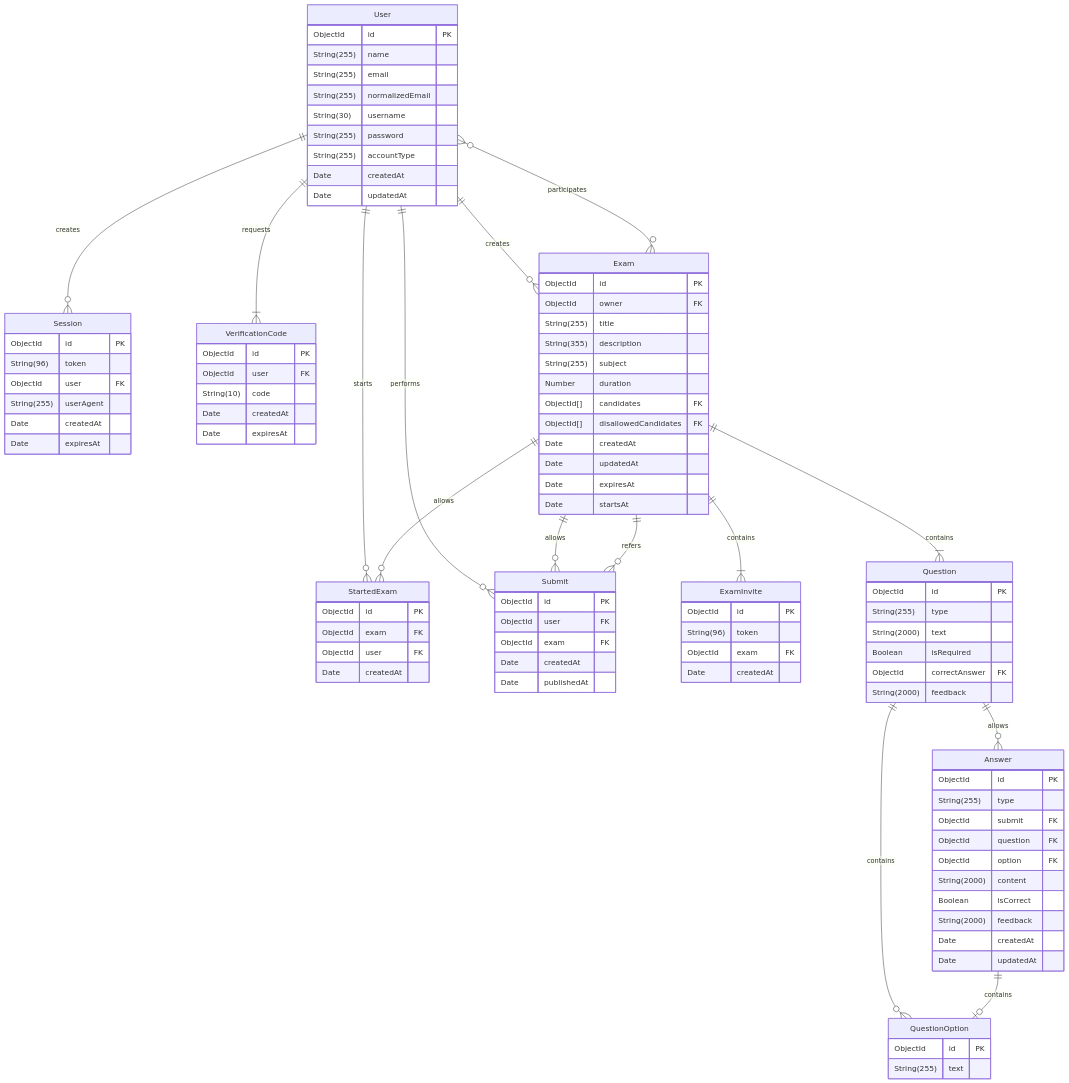
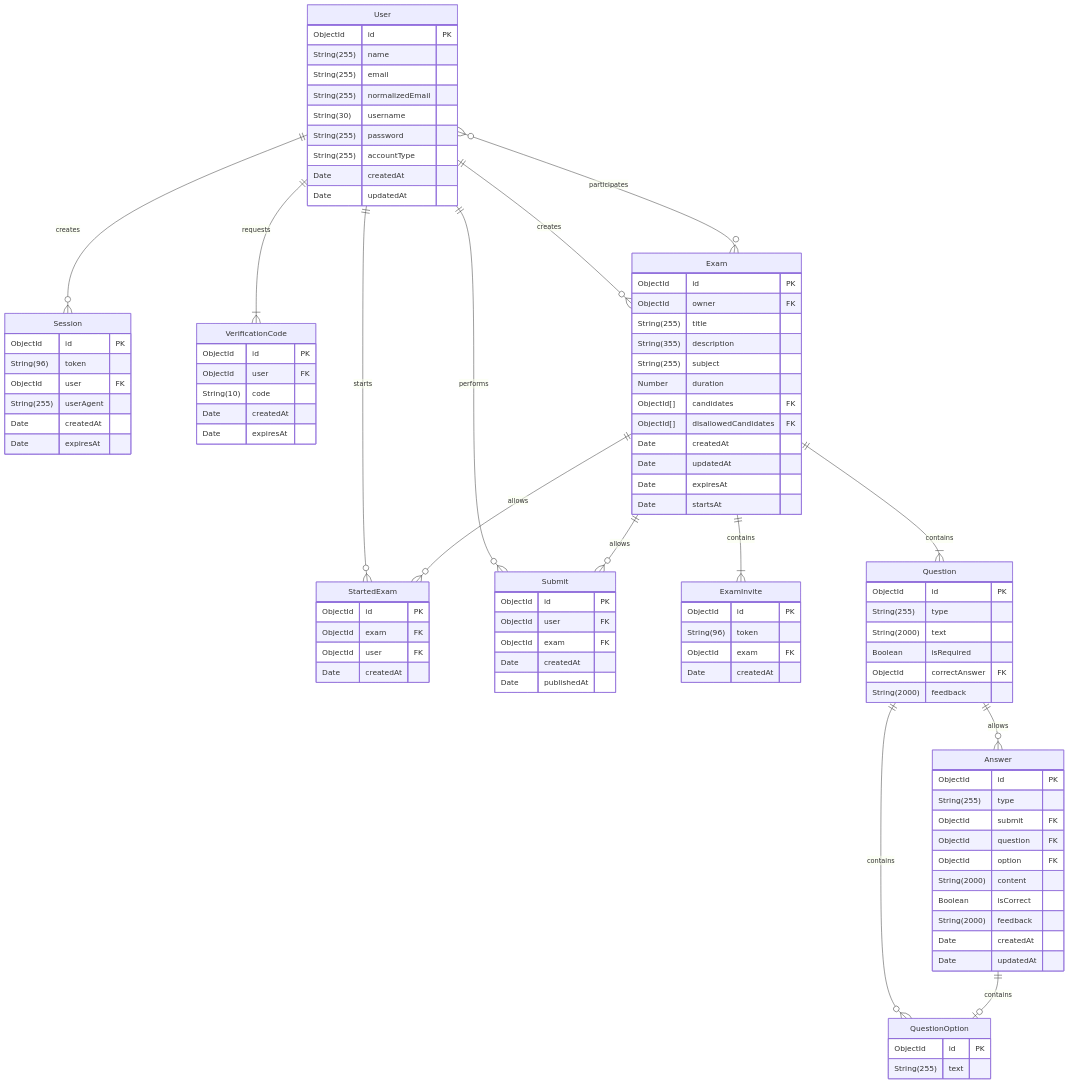
The diagram in diagram/entity-relationship-diagram.mmd (Alphka/EduAlphka), drawn with Mermaid before and after one commit. The commit also changed 1 other file, not shown here.

Commit message:
Fix database diagrams

```diff
--- a/diagram/entity-relationship-diagram.mmd
+++ b/diagram/entity-relationship-diagram.mmd
@@ -1,115 +1,114 @@
 ---
 config:
     class:
         hideEmptyMembersBox: true
     theme: default
     look: classic
     layout: dagre
 ---
 erDiagram
     Session {
         ObjectId id PK
         String(96) token
         ObjectId user FK
         String(255) userAgent
         Date createdAt
         Date expiresAt
     }
 
     VerificationCode {
         ObjectId id PK
         ObjectId user FK
         String(10) code
         Date createdAt
         Date expiresAt
     }
     User 1--1+ VerificationCode : requests
 
     User {
         ObjectId id PK
         String(255) name
         String(255) email
         String(255) normalizedEmail
         String(30) username
         String(255) password
         String(255) accountType
         Date createdAt
         Date updatedAt
     }
     User 1--0+ Exam : creates
     User 0+--0+ Exam : participates
     User 1--0+ Session : creates
     User 1--0+ StartedExam : starts
     User 1--0+ Submit : performs
 
     StartedExam {
         ObjectId id PK
         ObjectId exam FK
         ObjectId user FK
         Date createdAt
     }
 
     Exam {
         ObjectId id PK
         ObjectId owner FK
         String(255) title
         String(355) description
         String(255) subject
         Number duration
         ObjectId[] candidates FK
         ObjectId[] disallowedCandidates FK
         Date createdAt
         Date updatedAt
         Date expiresAt
         Date startsAt
     }
     Exam 1--0+ StartedExam : allows
     Exam 1--1+ ExamInvite : contains
     Exam 1--1+ Question : contains
     Exam 1--0+ Submit : allows
 
     ExamInvite {
         ObjectId id PK
         String(96) token
         ObjectId exam FK
         Date createdAt
     }
 
     Question {
         ObjectId id PK
         String(255) type
         String(2000) text
         Boolean isRequired
         ObjectId correctAnswer FK
         String(2000) feedback
     }
     Question 1--0+ Answer : allows
     Question 1--0+ QuestionOption : contains
 
     QuestionOption {
         ObjectId id PK
         String(255) text
     }
 
     Answer {
         ObjectId id PK
         String(255) type
         ObjectId submit FK
         ObjectId question FK
         ObjectId option FK
         String(2000) content
         Boolean isCorrect
         String(2000) feedback
         Date createdAt
         Date updatedAt
     }
     Answer 1--zero or one QuestionOption : contains
 
     Submit {
         ObjectId id PK
         ObjectId user FK
         ObjectId exam FK
         Date createdAt
         Date publishedAt
     }
-    Submit 0+--1 Exam : refers
```
